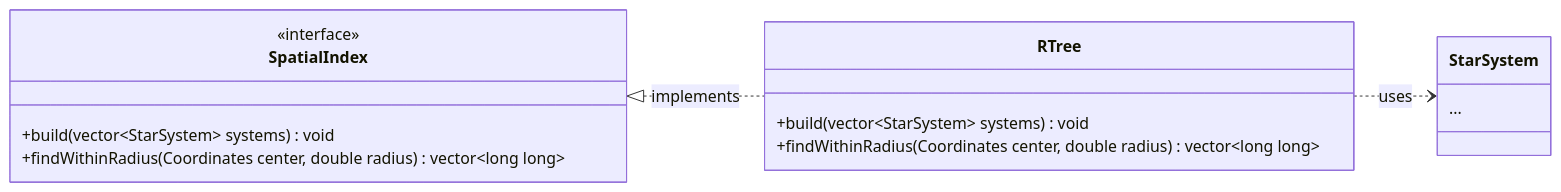
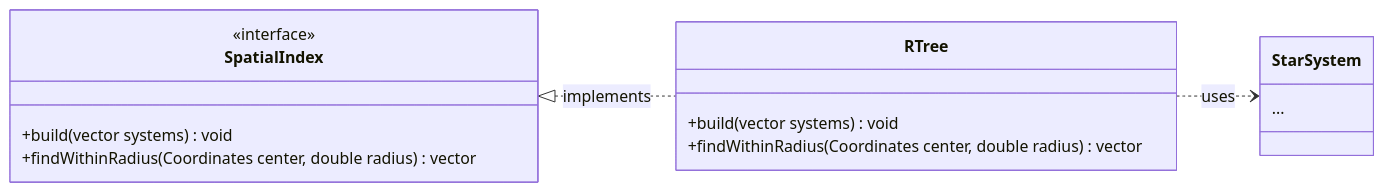
The third of 5 diagrams in docs/engine_design.md (mnaatjes/elite-dangerous-dev), drawn with Mermaid before and after one commit. The commit also changed other lines of this file and 1 other file, not shown here.

Commit message:
planning engine design - mermaid fixed

````diff
--- a/docs/engine_design.md
+++ b/docs/engine_design.md
@@ -65,18 +54,18 @@
 ```mermaid
 classDiagram
   direction LR
   class SpatialIndex {
     <<interface>>
-    +build(vector~StarSystem~ systems) void
-    +findWithinRadius(Coordinates center, double radius) vector~long long~
+    +build(vector<StarSystem> systems) void
+    +findWithinRadius(Coordinates center, double radius) vector<long long>
   }
   class RTree {
-    +build(vector~StarSystem~ systems) void
-    +findWithinRadius(Coordinates center, double radius) vector~long long~
+    +build(vector<StarSystem> systems) void
+    +findWithinRadius(Coordinates center, double radius) vector<long long>
   }
    class StarSystem {
     ...
   }
   SpatialIndex <|.. RTree : implements
   RTree ..> StarSystem : uses
 ```
````
